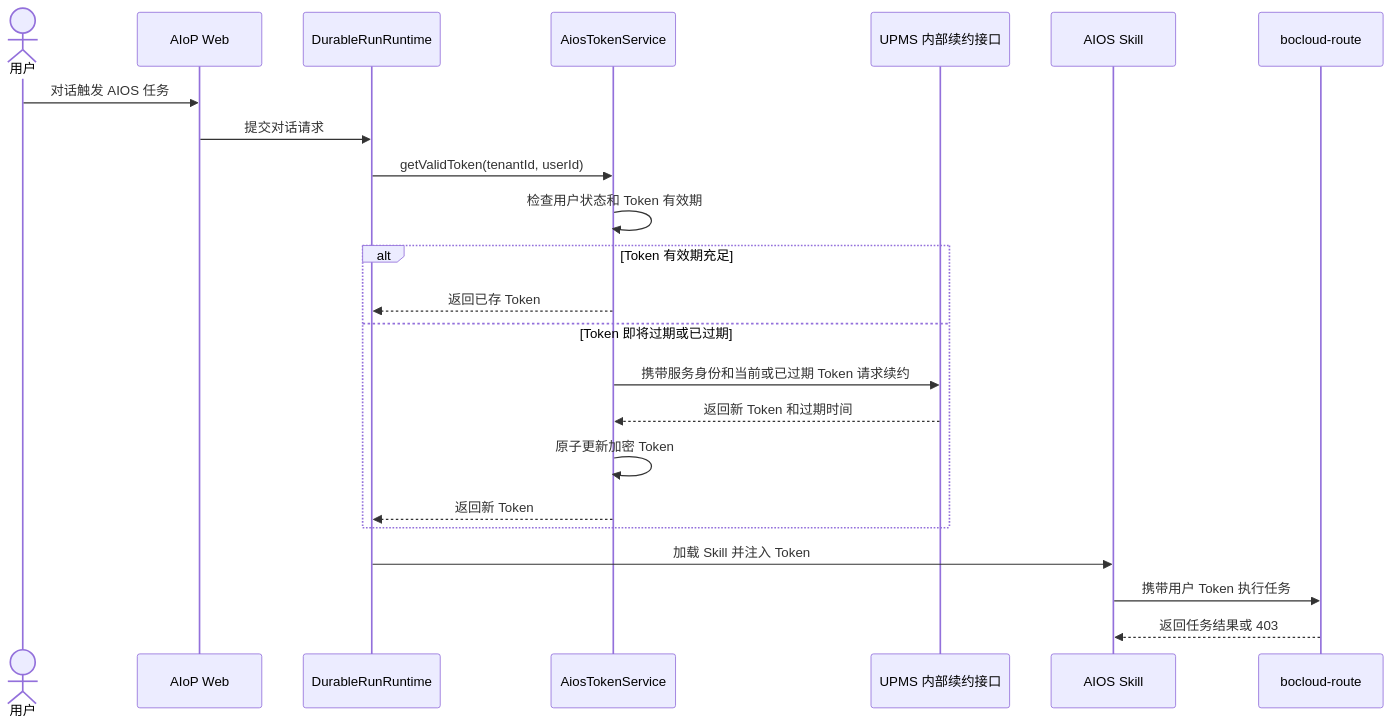
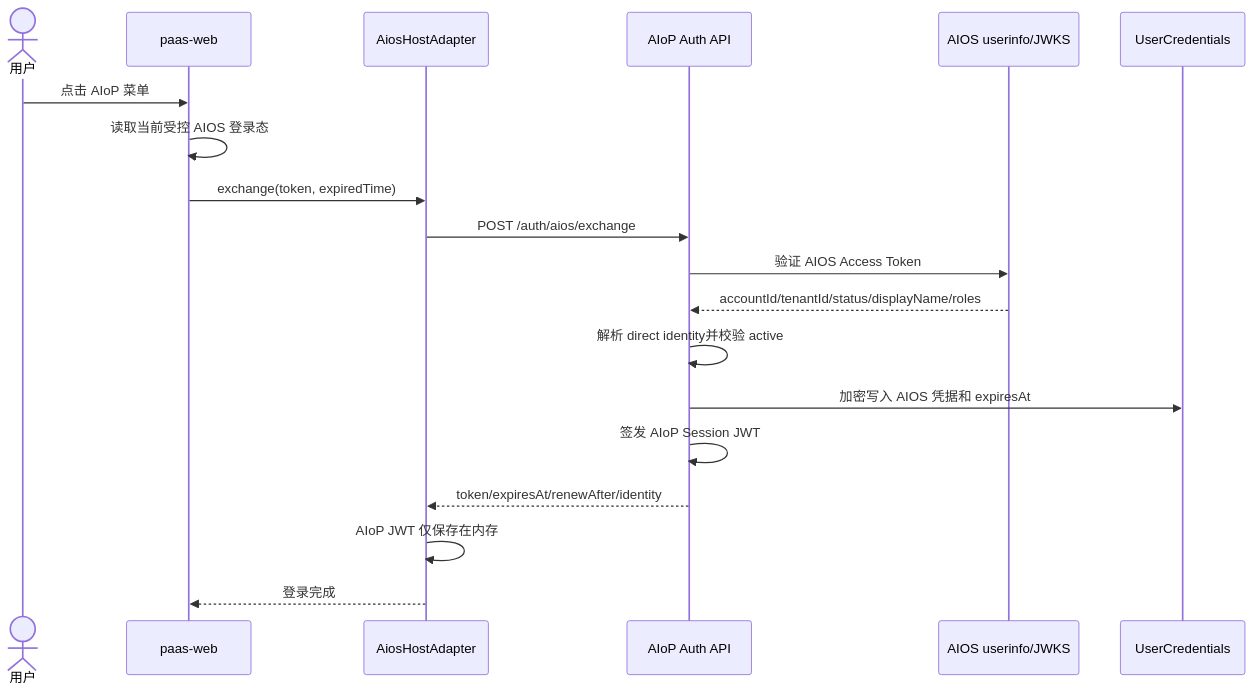
Before and after one commit to Wpxknight/agentdemo: the second of 5 diagrams in docs/design/14-aios-unified-auth.md, drawn with Mermaid. The commit also changed other lines of this file and 1 other file, not shown here.

First line of the commit message:
docs: update authentication and access control designs

````diff
--- a/docs/design/14-aios-unified-auth.md
+++ b/docs/design/14-aios-unified-auth.md
@@ -255,26 +121,22 @@
 ```mermaid
 sequenceDiagram
   actor U as 用户
-  participant W as AIoP Web
-  participant R as DurableRunRuntime
-  participant T as AiosTokenService
-  participant P as UPMS 内部续约接口
-  participant S as AIOS Skill
-  participant B as bocloud-route
+  participant P as paas-web
+  participant H as AiosHostAdapter
+  participant A as AIoP Auth API
+  participant I as AIOS userinfo/JWKS
+  participant C as UserCredentials
 
-  U->>W: 对话触发 AIOS 任务
-  W->>R: 提交对话请求
-  R->>T: getValidToken(tenantId, userId)
-  T->>T: 检查用户状态和 Token 有效期
-  alt Token 有效期充足
-    T-->>R: 返回已存 Token
-  else Token 即将过期或已过期
-    T->>P: 携带服务身份和当前或已过期 Token 请求续约
-    P-->>T: 返回新 Token 和过期时间
-    T->>T: 原子更新加密 Token
-    T-->>R: 返回新 Token
-  end
-  R->>S: 加载 Skill 并注入 Token
-  S->>B: 携带用户 Token 执行任务
-  B-->>S: 返回任务结果或 403
+  U->>P: 点击 AIoP 菜单
+  P->>P: 读取当前受控 AIOS 登录态
+  P->>H: exchange(token, expiredTime)
+  H->>A: POST /auth/aios/exchange
+  A->>I: 验证 AIOS Access Token
+  I-->>A: accountId/tenantId/status/displayName/roles
+  A->>A: 解析 direct identity并校验 active
+  A->>C: 加密写入 AIOS 凭据和 expiresAt
+  A->>A: 签发 AIoP Session JWT
+  A-->>H: token/expiresAt/renewAfter/identity
+  H->>H: AIoP JWT 仅保存在内存
+  H-->>P: 登录完成
 ```
````
